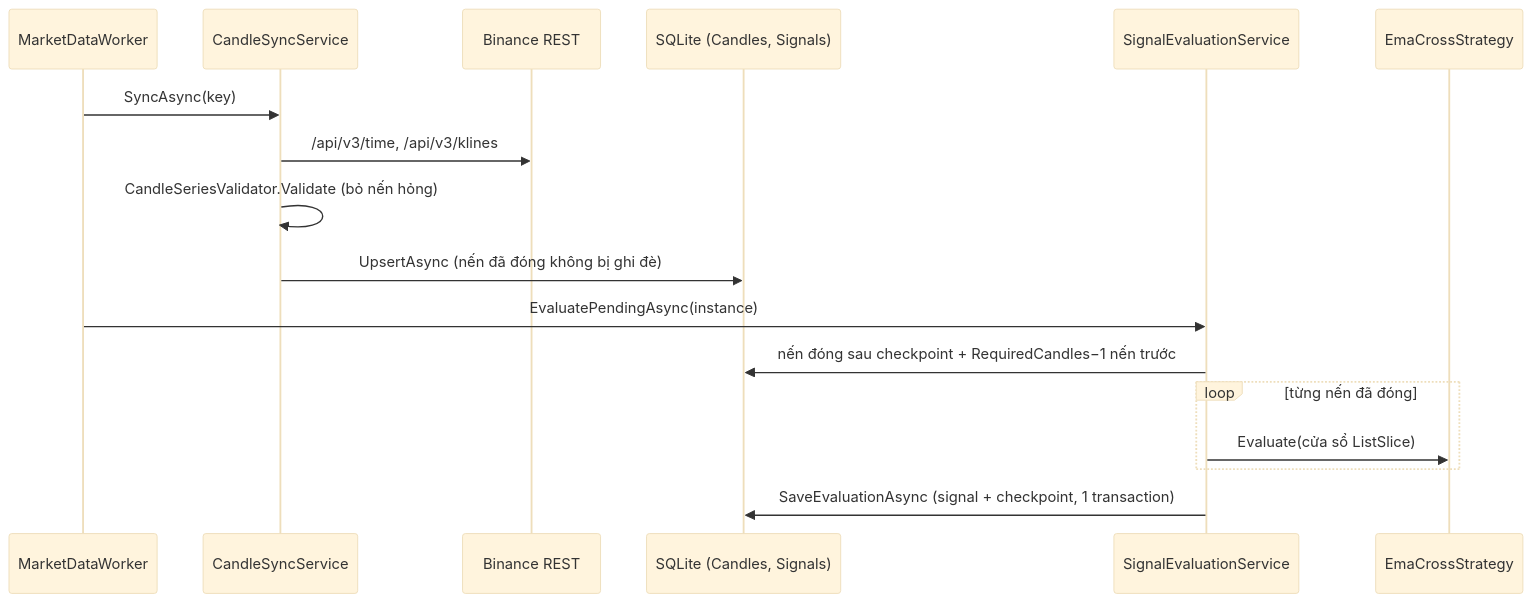
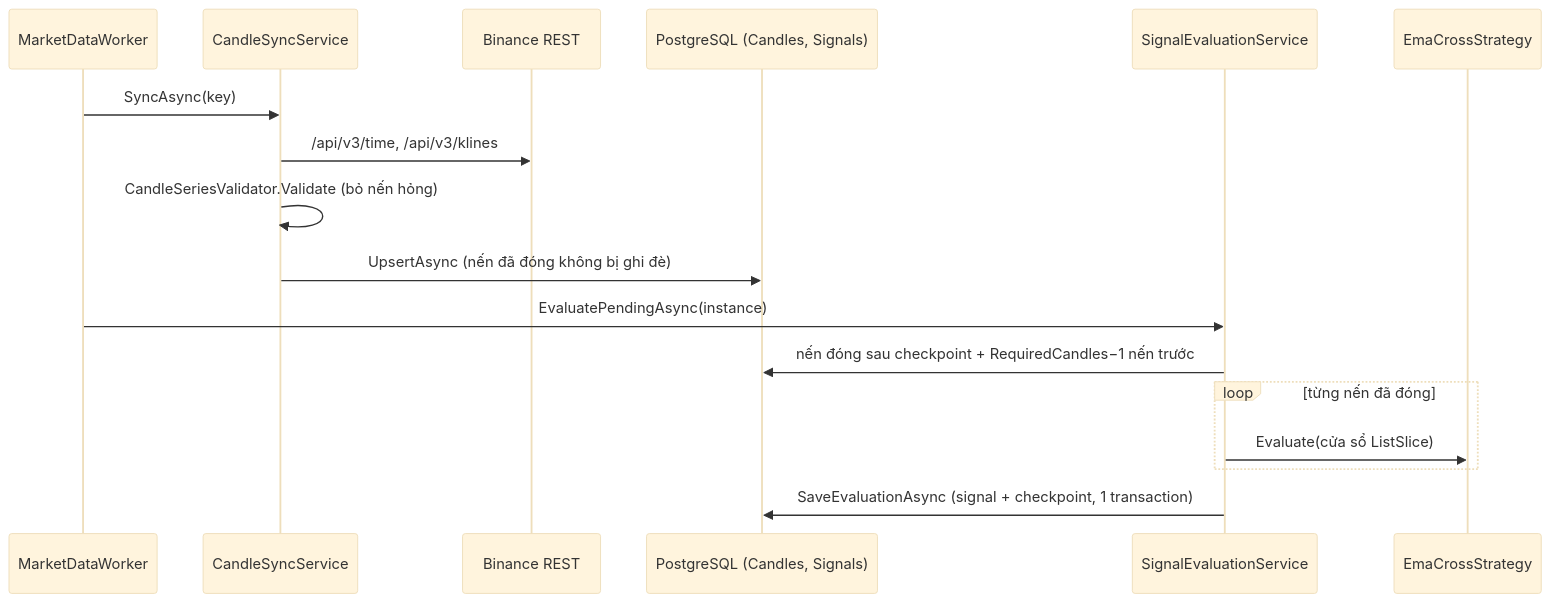
The second of 3 diagrams in docs/architecture.md (HuynhTri0811/BotTrainCoin), drawn with Mermaid (base theme) before and after one commit. The commit also changed other lines of this file and 6 other files, not shown here.

Commit message:
Document the PostgreSQL setup, pgAdmin access and data copy (#182)

````diff
--- a/docs/architecture.md
+++ b/docs/architecture.md
@@ -74,19 +74,19 @@
 ```mermaid
 sequenceDiagram
     participant W as MarketDataWorker
     participant S as CandleSyncService
     participant B as Binance REST
-    participant DB as SQLite (Candles, Signals)
+    participant DB as PostgreSQL (Candles, Signals)
     participant E as SignalEvaluationService
     participant X as EmaCrossStrategy
     W->>S: SyncAsync(key)
     S->>B: /api/v3/time, /api/v3/klines
     S->>S: CandleSeriesValidator.Validate (bỏ nến hỏng)
     S->>DB: UpsertAsync (nến đã đóng không bị ghi đè)
     W->>E: EvaluatePendingAsync(instance)
     E->>DB: nến đóng sau checkpoint + RequiredCandles−1 nến trước
     loop từng nến đã đóng
         E->>X: Evaluate(cửa sổ ListSlice)
     end
     E->>DB: SaveEvaluationAsync (signal + checkpoint, 1 transaction)
 ```
````
